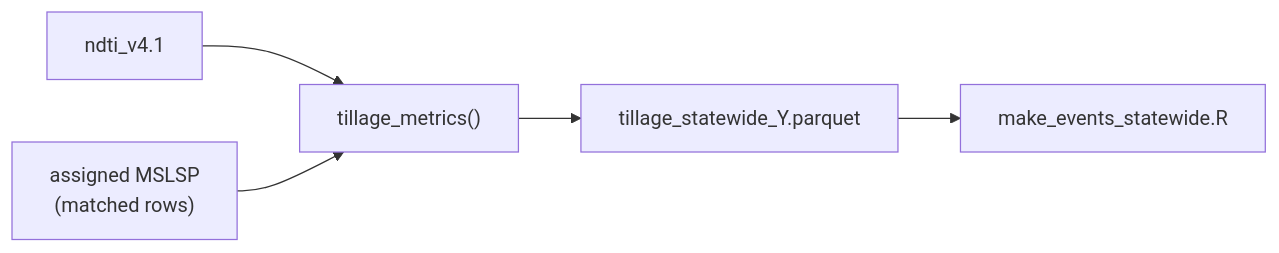
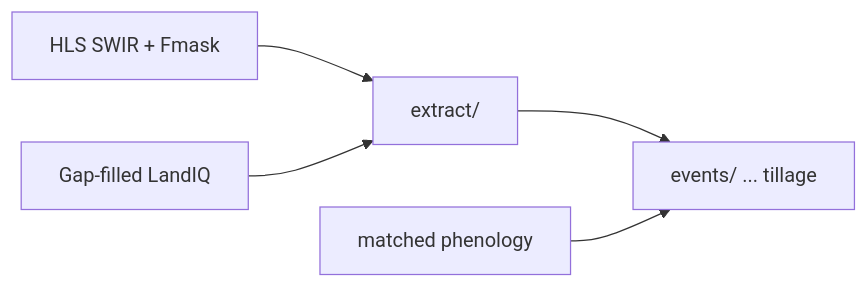
The diagram in modules/data.remote/inst/ccmmf/tillage/README.md (PecanProject/pecan), drawn with Mermaid before and after one commit. The commit also changed other lines of this file and 170 other files, not shown here.

````diff
--- a/modules/data.remote/inst/ccmmf/tillage/README.md
+++ b/modules/data.remote/inst/ccmmf/tillage/README.md
@@ -11,7 +6,7 @@
 ```mermaid
 flowchart LR
-  NDTI["ndti_v4.1"] --> T["tillage_metrics()"]
-  ASS["assigned MSLSP\n(matched rows)"] --> T
-  T --> E["tillage_statewide_Y.parquet"]
-  E --> M["make_events_statewide.R"]
+  HLS["HLS SWIR + Fmask"] --> EXT["extract/"]
+  LIQ["Gap-filled LandIQ"] --> EXT
+  EXT --> EV["events/ ... tillage"]
+  MATCH["matched phenology"] --> EV
 ```
````
